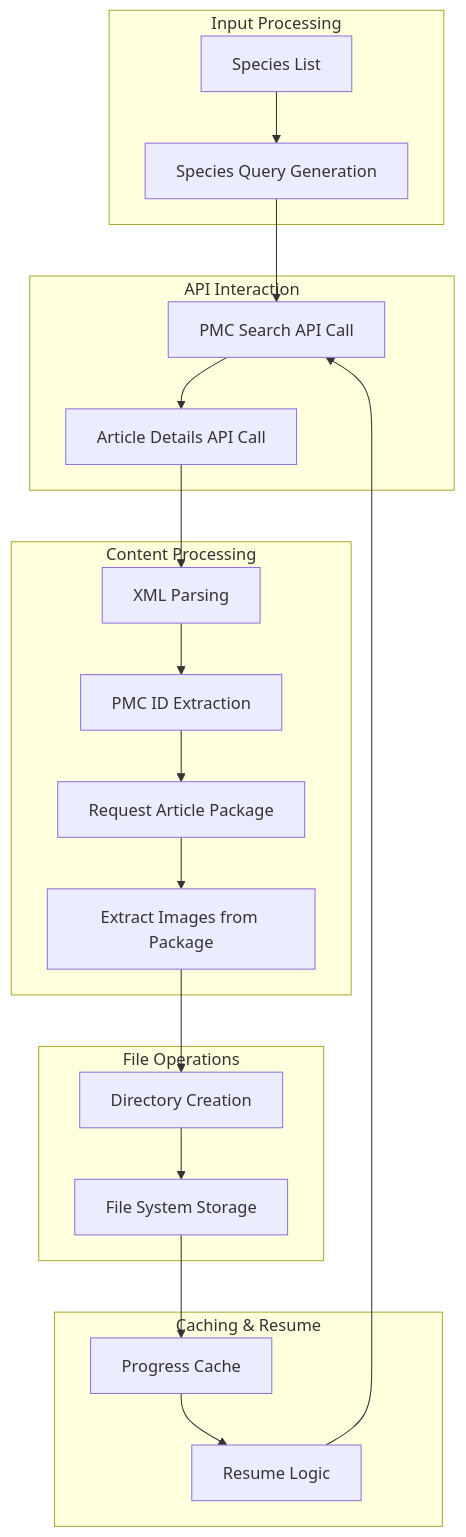
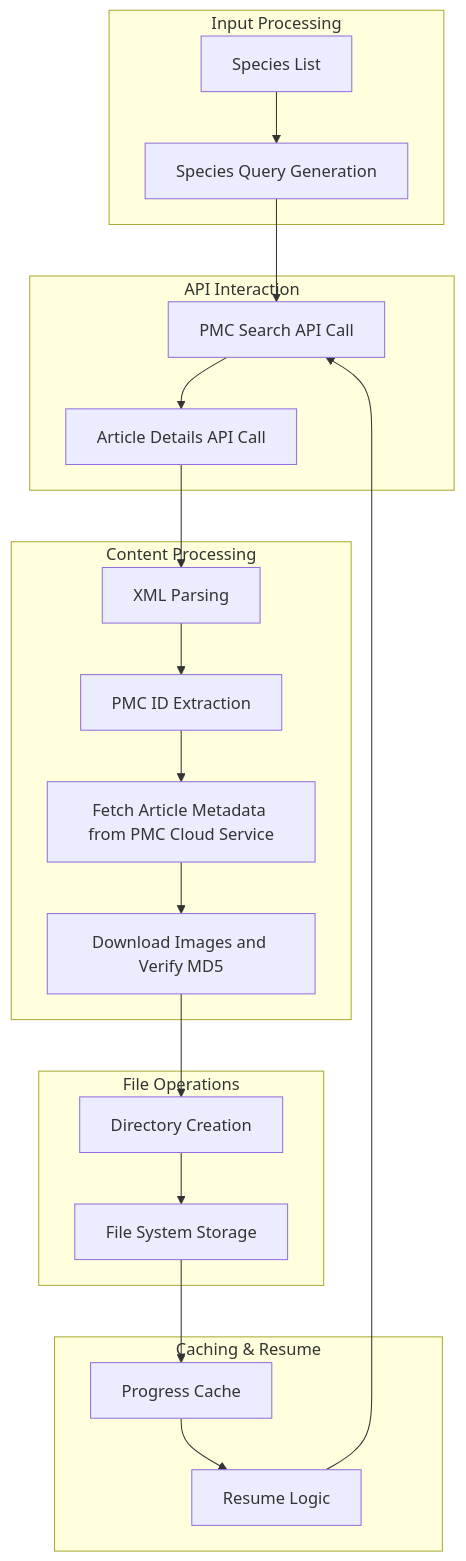
Before and after one commit to AlexJSully/Publication-Figure-Retrieval: the sixth of 10 diagrams in docs/architecture/index.md, drawn with Mermaid. The commit also changed other lines of this file and 28 other files, not shown here.

First line of the commit message:
Fix unable to retrieve figure publication images (#242)

````diff
--- a/docs/architecture/index.md
+++ b/docs/architecture/index.md
@@ -205,32 +215,32 @@
 ```mermaid
 graph TD
     accTitle: Primary Data Pipeline
-    accDescr: The species list generates species queries that drive the PMC search and article-detail API calls. Responses are parsed from XML, the PMC ID is extracted, the article package is requested and its images extracted. Output directories are created and images written to the file system. A progress cache records completed work, and resume logic skips already-processed PMC IDs when fetching article details.
+    accDescr: The species list generates species queries that drive the PMC search and article-detail API calls. Responses are parsed from XML, the PMC ID is extracted, the article metadata is fetched from the PMC Cloud Service, and each selected image is downloaded and checked against its MD5 digest. The output directory is created on the first verified image and images are written to the file system. A progress cache records handled articles, and resume logic skips already-processed PMC IDs when fetching article details.
 
     subgraph "Input Processing"
         A[Species List] --> B[Species Query Generation]
     end
 
     subgraph "API Interaction"
         B --> C[PMC Search API Call]
         C --> D[Article Details API Call]
     end
 
     subgraph "Content Processing"
         D --> E[XML Parsing]
         E --> F[PMC ID Extraction]
-        F --> G[Request Article Package]
-        G --> H[Extract Images from Package]
+        F --> G[Fetch Article Metadata from PMC Cloud Service]
+        G --> H[Download Images and Verify MD5]
     end
 
     subgraph "File Operations"
         H --> I[Directory Creation]
         I --> J[File System Storage]
     end
 
     subgraph "Caching & Resume"
         K[Progress Cache] --> L[Resume Logic]
         J --> K
         L --> C
     end
 ```
````
